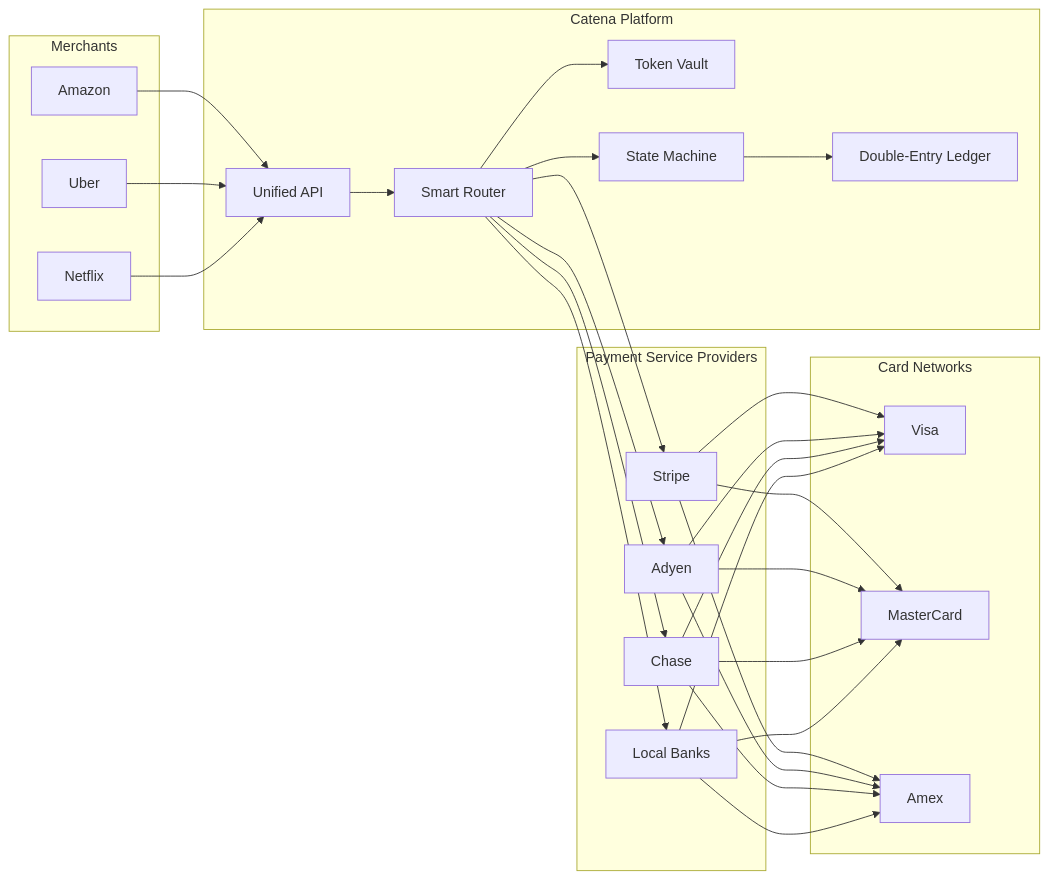
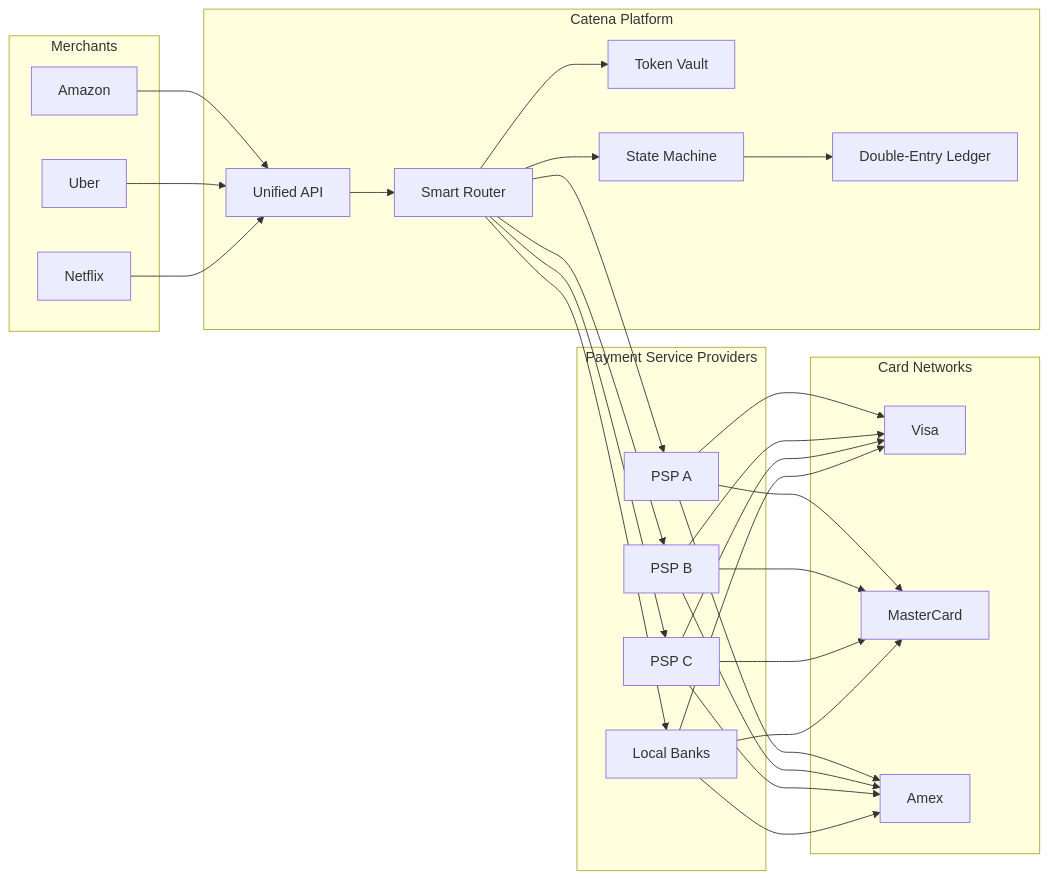
Before and after one commit to ashishthakur913/catenadocs: the first of 15 diagrams in PRD.md, drawn with Mermaid. The commit also changed other lines of this file and 1 other file, not shown here.

````diff
--- a/PRD.md
+++ b/PRD.md
@@ -58,37 +64,37 @@
 ```mermaid
 flowchart LR
     subgraph Merchants
         M1[Amazon]
         M2[Uber]
         M3[Netflix]
     end
     
     subgraph Catena["Catena Platform"]
         API[Unified API]
         Router[Smart Router]
         Vault[Token Vault]
         Ledger[Double-Entry Ledger]
         SM[State Machine]
     end
     
     subgraph PSPs["Payment Service Providers"]
-        P1[Stripe]
-        P2[Adyen]
-        P3[Chase]
+        P1[PSP A]
+        P2[PSP B]
+        P3[PSP C]
         P4[Local Banks]
     end
     
     subgraph Networks["Card Networks"]
         N1[Visa]
         N2[MasterCard]
         N3[Amex]
     end
     
     M1 & M2 & M3 --> API
     API --> Router
     Router --> Vault
     Router --> SM
     SM --> Ledger
     Router --> P1 & P2 & P3 & P4
     P1 & P2 & P3 & P4 --> N1 & N2 & N3
 ```
````
